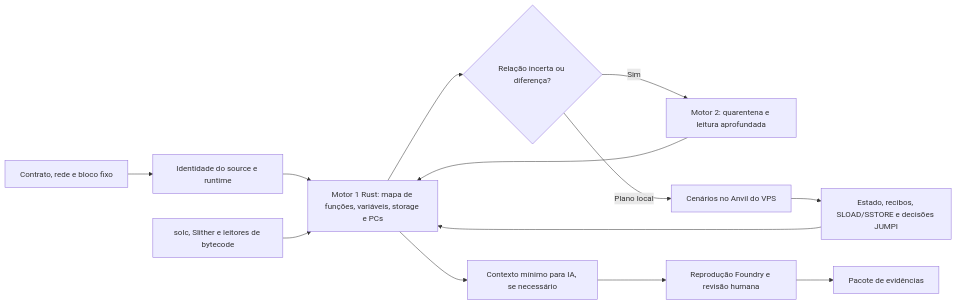
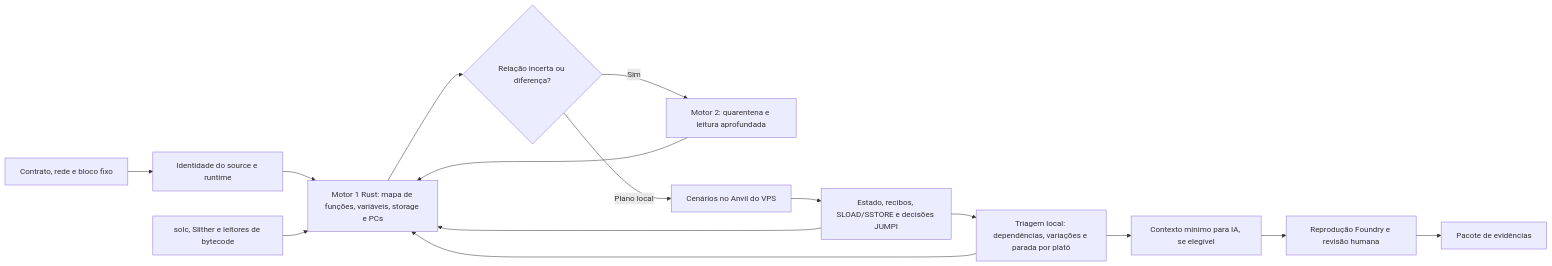
One commit to glaudsonvilela/Toupera-Agent changed the diagram in docs/PROCESS-FLOW.md. Above: the diagram before and after it, drawn with Mermaid. The commit also changed other lines of this file and 7 other files, not shown here.

````diff
--- a/docs/PROCESS-FLOW.md
+++ b/docs/PROCESS-FLOW.md
@@ -3,15 +3,17 @@
 ```mermaid
 flowchart LR
     A[Contrato, rede e bloco fixo] --> B[Identidade do source e runtime]
     B --> C[Motor 1 Rust: mapa de funções, variáveis, storage e PCs]
     T[solc, Slither e leitores de bytecode] --> C
     C --> D{Relação incerta ou diferença?}
     D -- Sim --> E[Motor 2: quarentena e leitura aprofundada]
     E --> C
     D -- Plano local --> F[Cenários no Anvil do VPS]
     F --> G[Estado, recibos, SLOAD/SSTORE e decisões JUMPI]
     G --> C
-    C --> H[Contexto mínimo para IA, se necessário]
+    G --> K[Triagem local: dependências, variações e parada por platô]
+    K --> C
+    K --> H[Contexto mínimo para IA, se elegível]
     H --> I[Reprodução Foundry e revisão humana]
     I --> J[Pacote de evidências]
 ```
````
